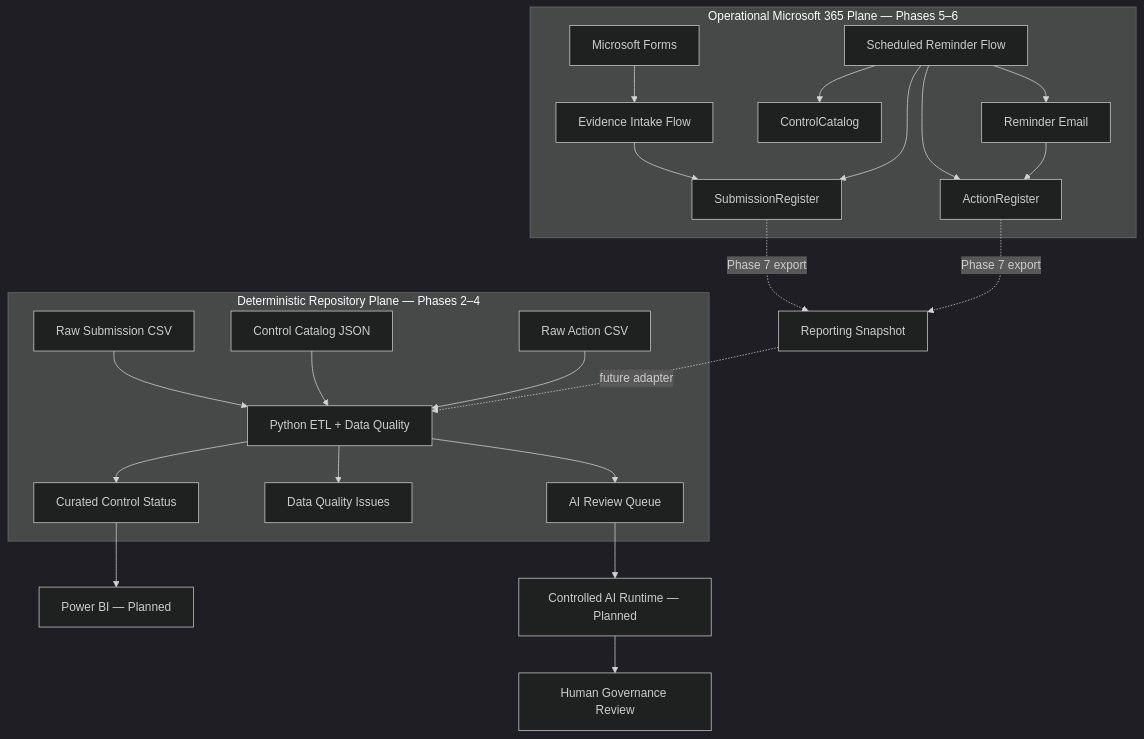
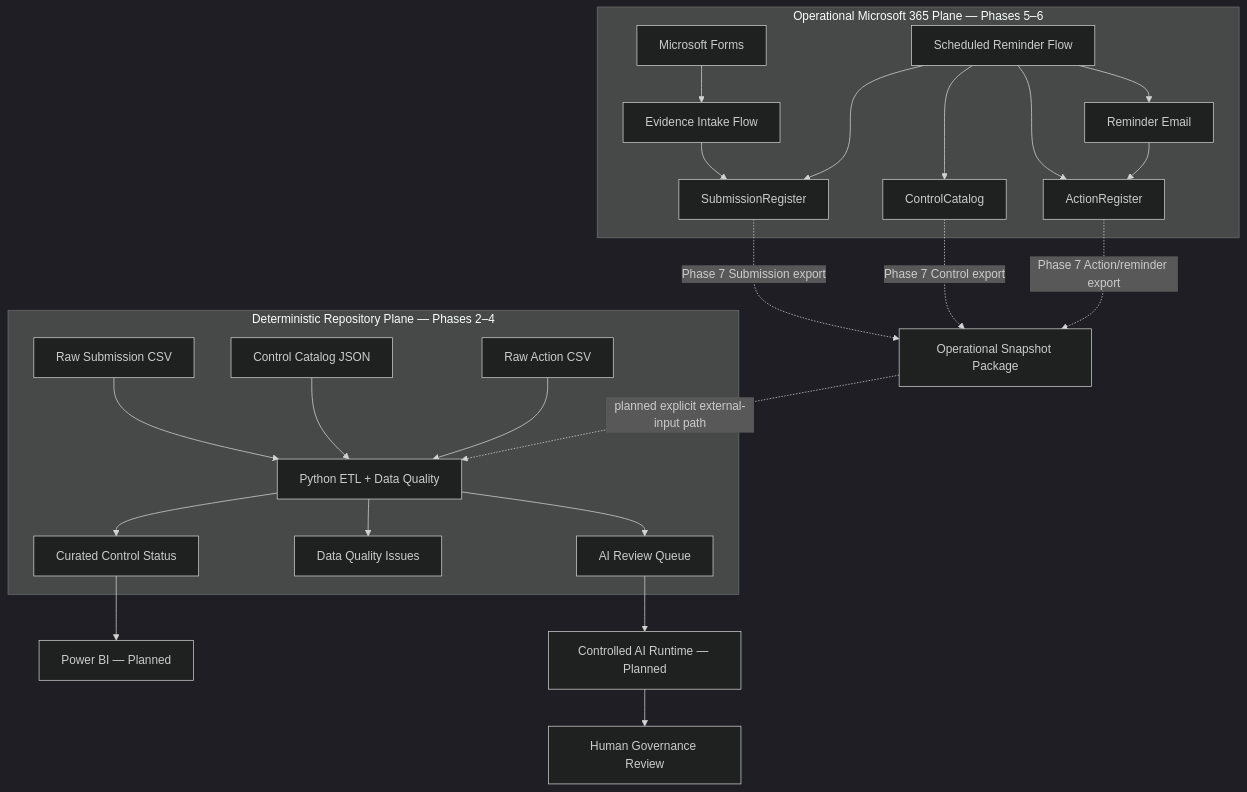
Before and after one commit to gw-ai-security/cyber-governance-automation-lab: the diagram in README.md, drawn with Mermaid (dark theme). The commit also changed other lines of this file, not shown here.

Commit message:
docs: expose Phase 7.0 reporting contract in README

````diff
--- a/README.md
+++ b/README.md
@@ -98,29 +101,30 @@
 ```mermaid
 flowchart TD
     subgraph OP[Operational Microsoft 365 Plane — Phases 5–6]
         A[Microsoft Forms] --> B[Evidence Intake Flow]
         B --> C[SubmissionRegister]
         D[Scheduled Reminder Flow] --> C
         D --> E[ControlCatalog]
         D --> F[ActionRegister]
         D --> G[Reminder Email]
         G --> F
     end
 
     subgraph REPO[Deterministic Repository Plane — Phases 2–4]
         H[Raw Submission CSV] --> K[Python ETL + Data Quality]
         I[Control Catalog JSON] --> K
         J[Raw Action CSV] --> K
         K --> L[Curated Control Status]
         K --> M[Data Quality Issues]
         K --> N[AI Review Queue]
     end
 
-    C -. Phase 7 export .-> S[Reporting Snapshot]
-    F -. Phase 7 export .-> S
-    S -. future adapter .-> K
+    C -. Phase 7 Submission export .-> S[Operational Snapshot Package]
+    E -. Phase 7 Control export .-> S
+    F -. Phase 7 Action/reminder export .-> S
+    S -. planned explicit external-input path .-> K
 
     L --> P[Power BI — Planned]
     N --> Q[Controlled AI Runtime — Planned]
     Q --> R[Human Governance Review]
 ```
````
